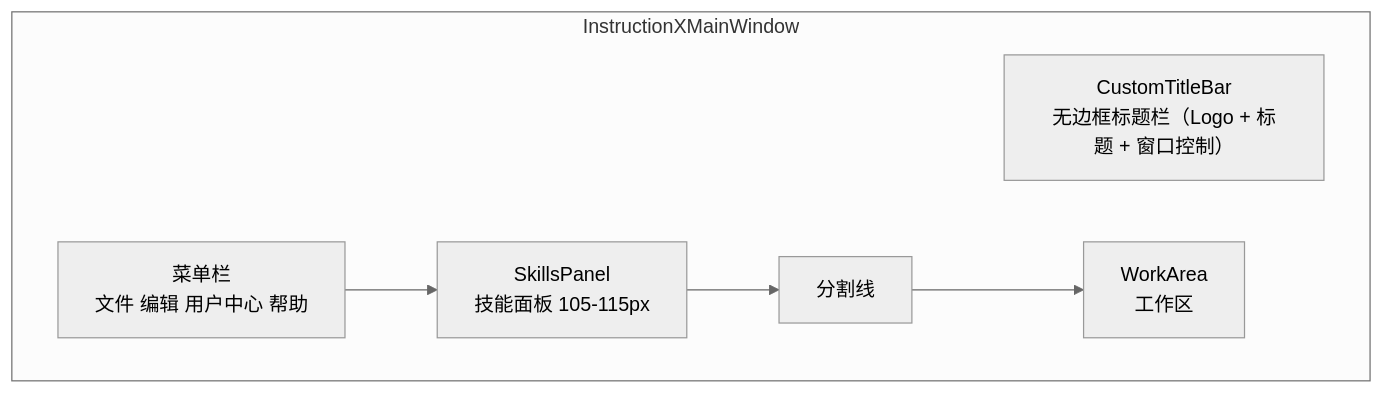
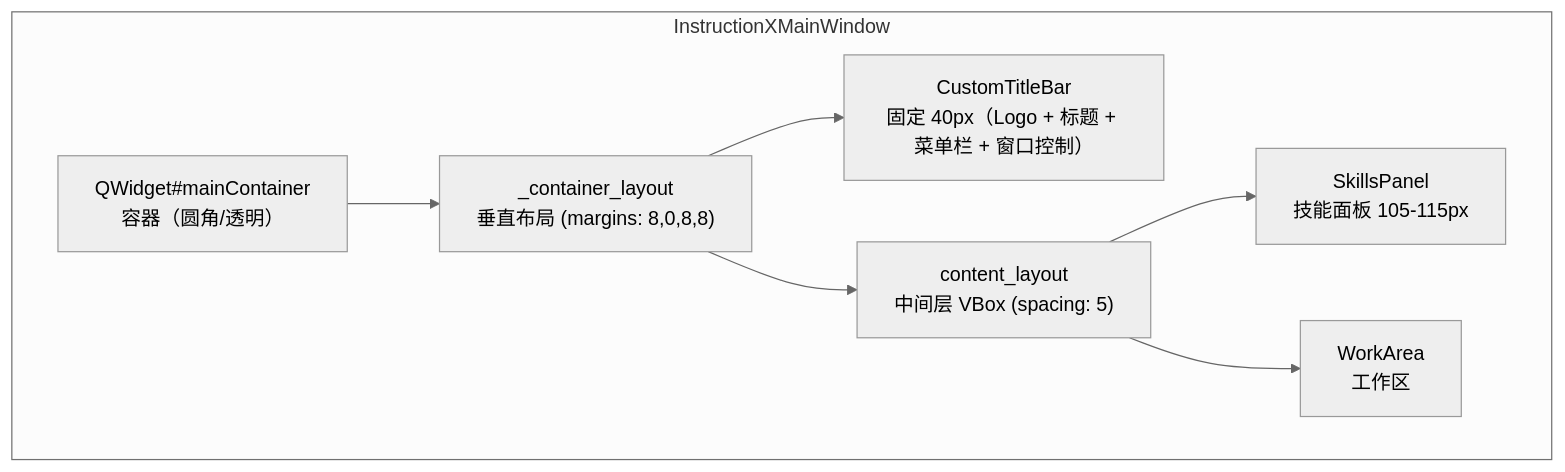
Before and after one commit to KKPIP-Tech/InstructionX: the first of 5 diagrams in docs/ui/main-window.md, drawn with Mermaid (neutral theme). The commit also changed other lines of this file and 28 other files, not shown here.

````diff
--- a/docs/ui/main-window.md
+++ b/docs/ui/main-window.md
@@ -19,14 +19,17 @@
 ```mermaid
 graph TB
     subgraph Window["InstructionXMainWindow"]
-        TitleBar["CustomTitleBar<br/>无边框标题栏（Logo + 标题 + 窗口控制）"]
-        Menu["菜单栏<br/>文件 编辑 用户中心 帮助"]
+        Container["QWidget#mainContainer<br/>容器（圆角/透明）"]
+        CL["_container_layout<br/>垂直布局 (margins: 8,0,8,8)"]
+        TitleBar["CustomTitleBar<br/>固定 40px（Logo + 标题 + 菜单栏 + 窗口控制）"]
+        Content["content_layout<br/>中间层 VBox (spacing: 5)"]
         SP["SkillsPanel<br/>技能面板 105-115px"]
-        Divider["分割线"]
         WA["WorkArea<br/>工作区"]
     end
 
-    Menu --> SP
-    SP --> Divider
-    Divider --> WA
+    Container --> CL
+    CL --> TitleBar
+    CL --> Content
+    Content --> SP
+    Content --> WA
 ```
````
